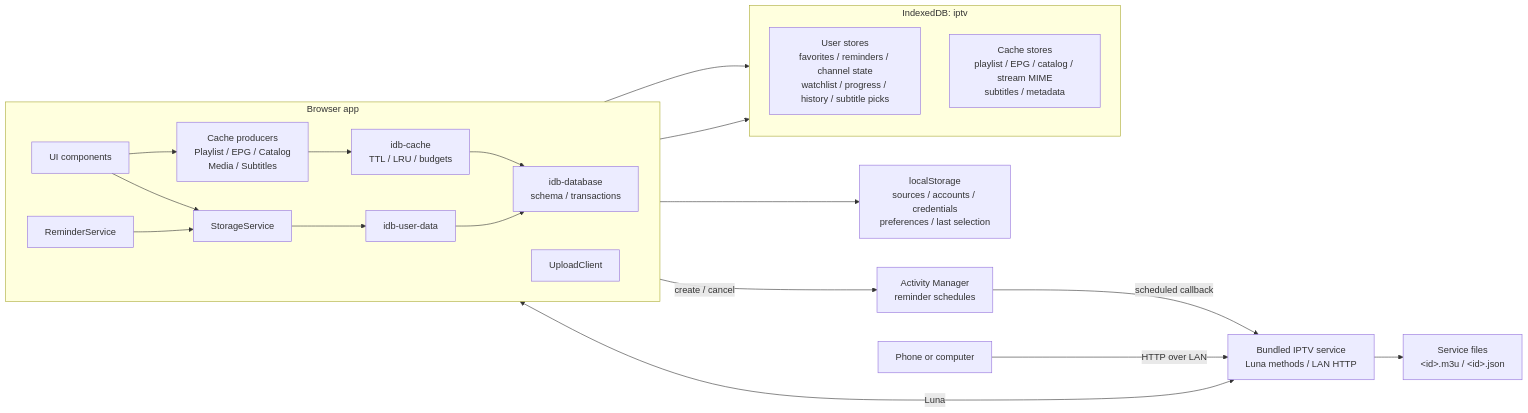
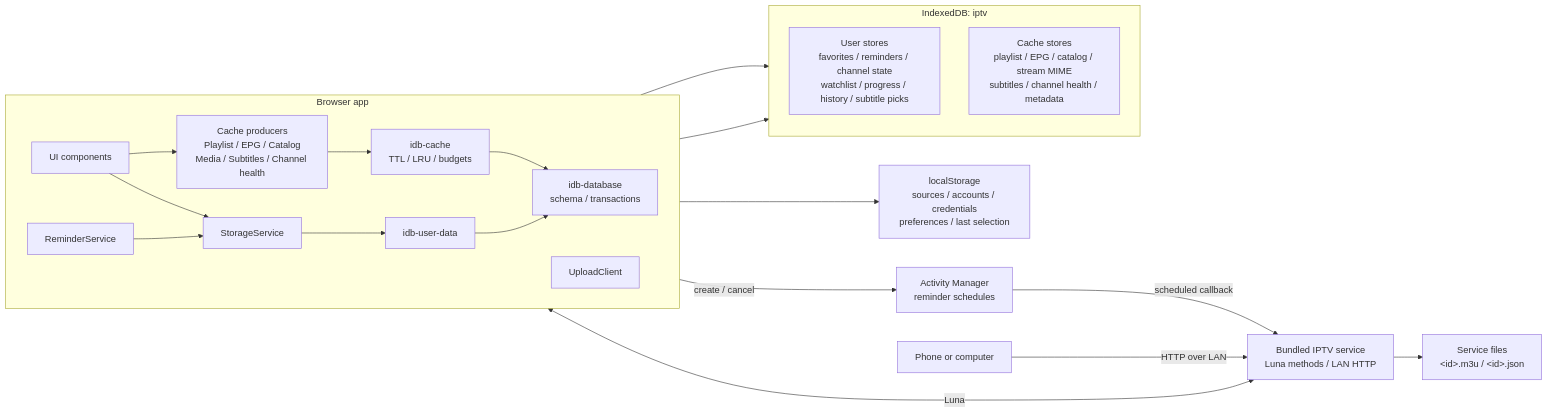
One commit to lennylxx/webos-iptv-player changed the diagram in docs/storage-and-data.md. Above: the diagram before and after it, drawn with Mermaid. The commit also changed other lines of this file and 8 other files, not shown here.

````diff
--- a/docs/storage-and-data.md
+++ b/docs/storage-and-data.md
@@ -21,44 +21,44 @@
 ```mermaid
 flowchart LR
   subgraph App["Browser app"]
     direction LR
     UI["UI components"]
     Storage["StorageService"]
     UserData["idb-user-data"]
-    Producers["Cache producers<br/>Playlist / EPG / Catalog<br/>Media / Subtitles"]
+    Producers["Cache producers<br/>Playlist / EPG / Catalog<br/>Media / Subtitles / Channel health"]
     Cache["idb-cache<br/>TTL / LRU / budgets"]
     Database["idb-database<br/>schema / transactions"]
     Reminders["ReminderService"]
     Upload["UploadClient"]
 
     UI --> Storage
     UI --> Producers
     Storage --> UserData
     Producers --> Cache
     UserData --> Database
     Cache --> Database
     Reminders --> Storage
   end
 
   Local["localStorage<br/>sources / accounts / credentials<br/>preferences / last selection"]
 
   subgraph IDB["IndexedDB: iptv"]
     direction TB
     UserStores["User stores<br/>favorites / reminders / channel state<br/>watchlist / progress / history / subtitle picks"]
-    CacheStores["Cache stores<br/>playlist / EPG / catalog / stream MIME<br/>subtitles / metadata"]
+    CacheStores["Cache stores<br/>playlist / EPG / catalog / stream MIME<br/>subtitles / channel health / metadata"]
   end
 
   Activity["Activity Manager<br/>reminder schedules"]
   Service["Bundled IPTV service<br/>Luna methods / LAN HTTP"]
   Files["Service files<br/>&lt;id&gt;.m3u / &lt;id&gt;.json"]
   Device["Phone or computer"]
 
   Storage --> Local
   Database --> UserStores
   Database --> CacheStores
   Reminders -->|create / cancel| Activity
   Upload <-->|Luna| Service
   Activity -->|scheduled callback| Service
   Service --> Files
   Device -->|HTTP over LAN| Service
 ```
````
